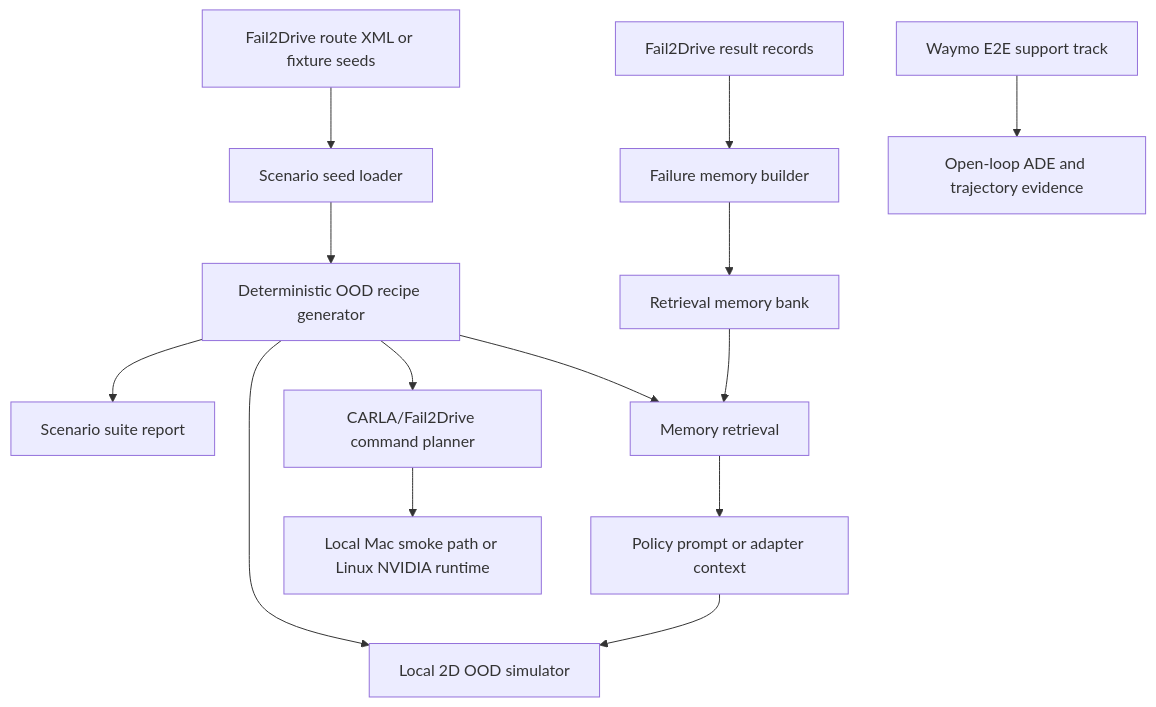
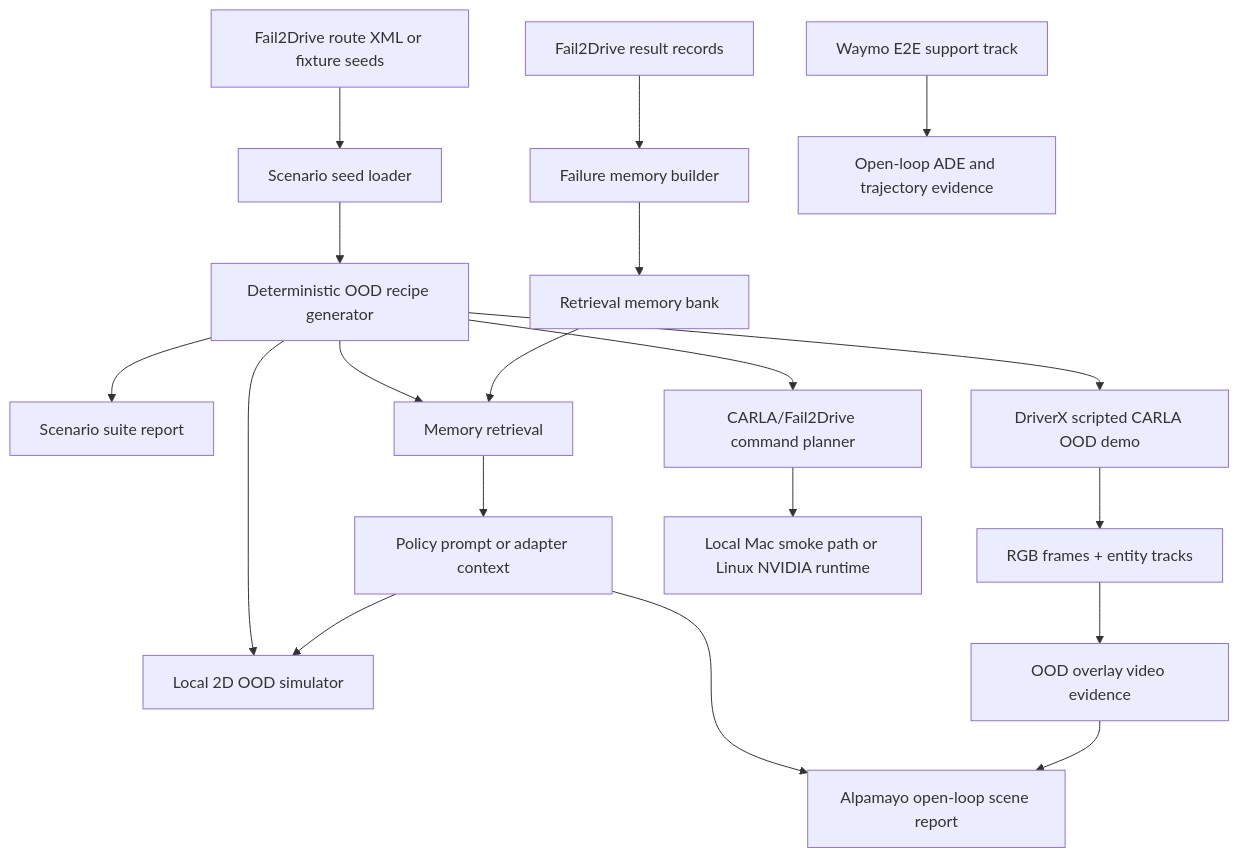
Before and after one commit to ZanarkandTechnologies/0xDriver: the diagram in ARCHITECTURE.md, drawn with Mermaid. The commit also changed other lines of this file and 57 other files, not shown here.

Commit message:
feat(submission): add scripted ood evidence train

````diff
--- a/ARCHITECTURE.md
+++ b/ARCHITECTURE.md
@@ -16,16 +16,21 @@
 ```mermaid
 flowchart TD
     A["Fail2Drive route XML or fixture seeds"] --> B["Scenario seed loader"]
     B --> C["Deterministic OOD recipe generator"]
     C --> D["Scenario suite report"]
     C --> N["Local 2D OOD simulator"]
+    C --> O["DriverX scripted CARLA OOD demo"]
+    O --> P["RGB frames + entity tracks"]
+    P --> Q["OOD overlay video evidence"]
     E["Fail2Drive result records"] --> F["Failure memory builder"]
     F --> G["Retrieval memory bank"]
     C --> H["Memory retrieval"]
     G --> H
     H --> I["Policy prompt or adapter context"]
     I --> N
+    I --> R["Alpamayo open-loop scene report"]
+    Q --> R
     C --> J["CARLA/Fail2Drive command planner"]
     J --> K["Local Mac smoke path or Linux NVIDIA runtime"]
     L["Waymo E2E support track"] --> M["Open-loop ADE and trajectory evidence"]
 ```
````
